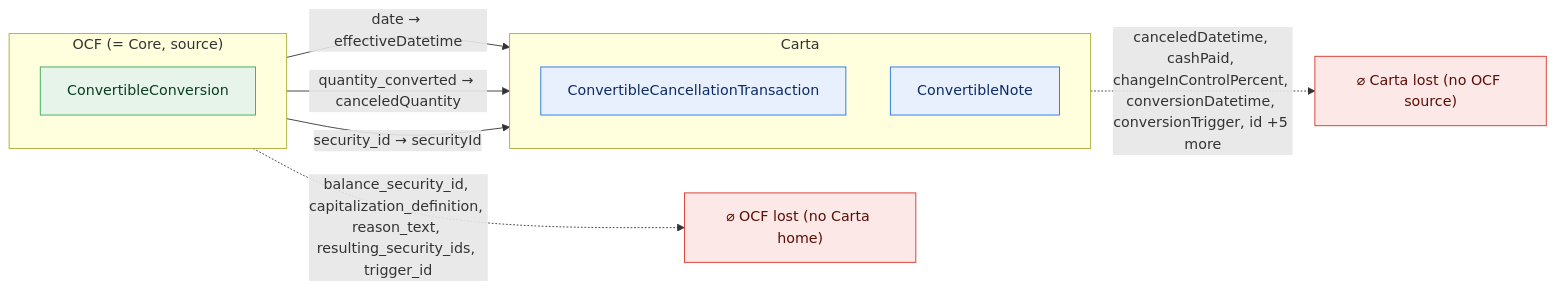
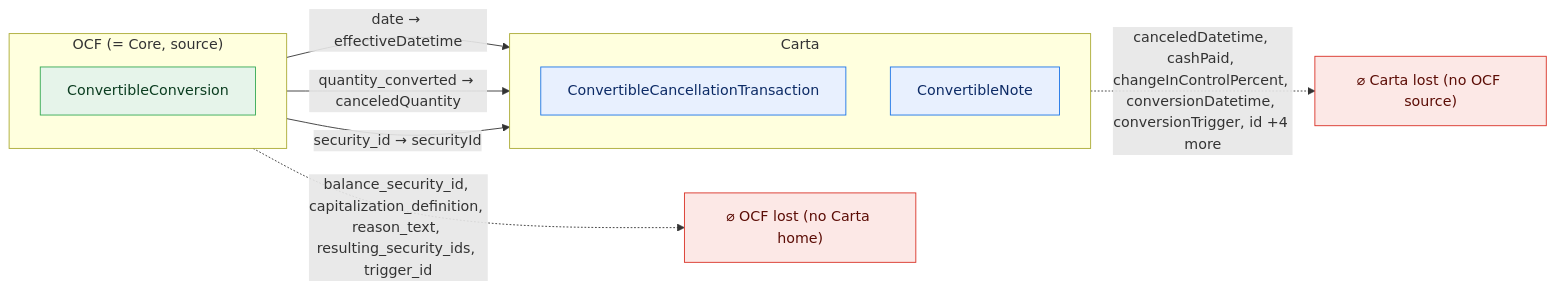
One commit to Open-Cap-Table-Coalition/OCF-Composed-Schemas changed diagram 20 of 47 in docs/core-bidirectional-flow.md. Above: the diagram before and after it, drawn with Mermaid. The commit also changed other lines of this file and 18 other files, not shown here.

````diff
--- a/docs/core-bidirectional-flow.md
+++ b/docs/core-bidirectional-flow.md
@@ -712,23 +738,23 @@
 ```mermaid
 flowchart LR
   classDef adm fill:#e6f4ea,stroke:#34a853,color:#0b3d20;
   classDef notadm fill:#f1f3f4,stroke:#9aa0a6,color:#5f6368,stroke-dasharray:4 3;
   classDef carta fill:#e8f0fe,stroke:#1a73e8,color:#0d2b66;
   classDef lost fill:#fce8e6,stroke:#d93025,color:#5c0d06;
   subgraph SRC["OCF (= Core, source)"]
     direction TB
     o0["ConvertibleConversion"]:::adm
   end
   subgraph TGT["Carta"]
     direction TB
     t0["ConvertibleCancellationTransaction"]:::carta
     t1["ConvertibleNote"]:::carta
   end
   ocflost["⌀ OCF lost (no Carta home)"]:::lost
   cartalost["⌀ Carta lost (no OCF source)"]:::lost
   o0 -->|"date → effectiveDatetime"| t0
   o0 -->|"quantity_converted → canceledQuantity"| t1
   o0 -->|"security_id → securityId"| t1
   o0 -.->|"balance_security_id, capitalization_definition, reason_text, resulting_security_ids, trigger_id"| ocflost
-  t1 -.->|"canceledDatetime, cashPaid, changeInControlPercent, conversionDatetime, conversionTrigger, id +5 more"| cartalost
+  t1 -.->|"canceledDatetime, cashPaid, changeInControlPercent, conversionDatetime, conversionTrigger, id +4 more"| cartalost
 ```
````
